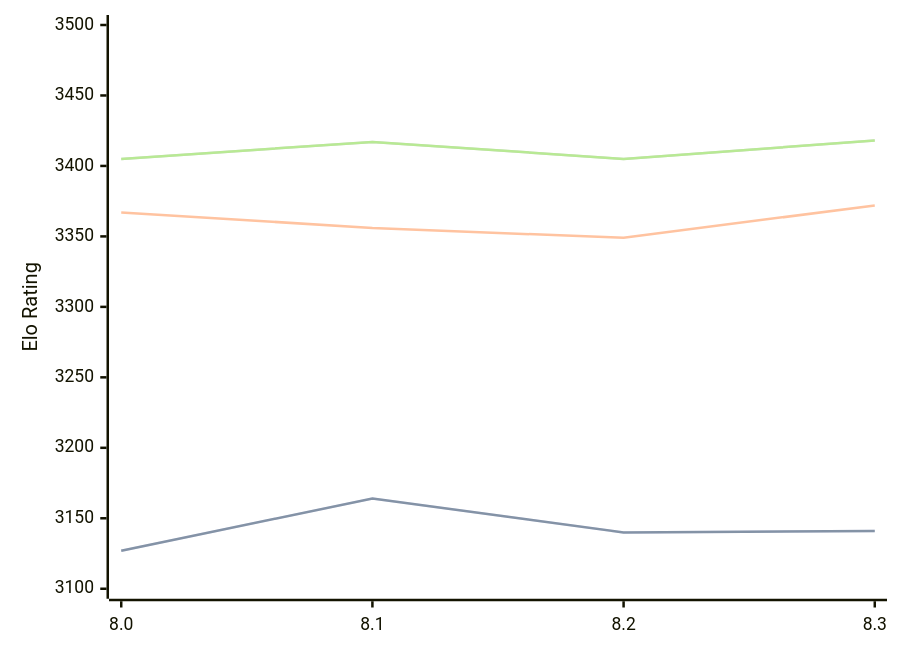
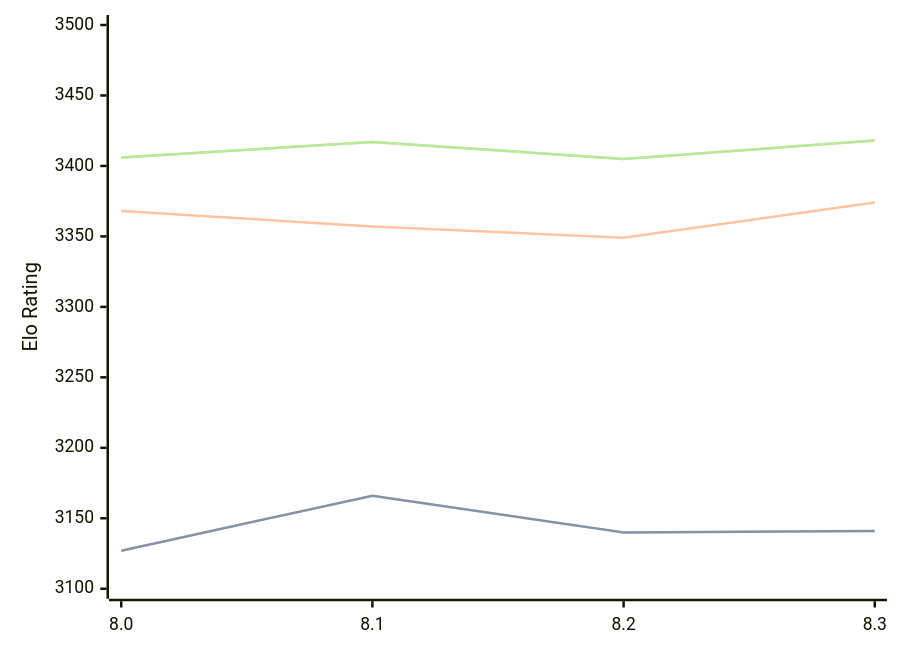
Before and after one commit to computer-chess-index/cci: the diagram in engines/Alexander.md, drawn with Mermaid. The commit also changed other lines of this file, not shown here.

Commit message:
Update CCI Ratings (ELO VLTC) - 2026-08-05

````diff
--- a/engines/Alexander.md
+++ b/engines/Alexander.md
@@ -48,11 +48,11 @@
 ```mermaid
 %%{init: {"theme":"base","themeVariables":{"seriesColors:['#a3a3a3','#222221','#faa371']}}}%%
 xychart-beta
   x-axis ["8.0", "8.1", "8.2", "8.3"]
   y-axis "Elo Rating" 3100 --> 3500
-  line "STC (8.0+0.08s)" [3127, 3164, 3140, 3141]
-  line "STC (8.0+0.08s)" [3127, 3164, 3140, 3141]
-  line "LTC (60.0+0.60s)" [3367, 3356, 3349, 3372]
-  line "VLTC (2m24s+1.12s)" [3405, 3417, 3405, 3418]
-  line "VLTC (2m24s+1.12s)" [3405, 3417, 3405, 3418]
+  line "STC (8.0+0.08s)" [3127, 3166, 3140, 3141]
+  line "STC (8.0+0.08s)" [3127, 3166, 3140, 3141]
+  line "LTC (60.0+0.60s)" [3368, 3357, 3349, 3374]
+  line "VLTC (2m24s+1.12s)" [3406, 3417, 3405, 3418]
+  line "VLTC (2m24s+1.12s)" [3406, 3417, 3405, 3418]
 ```
````
